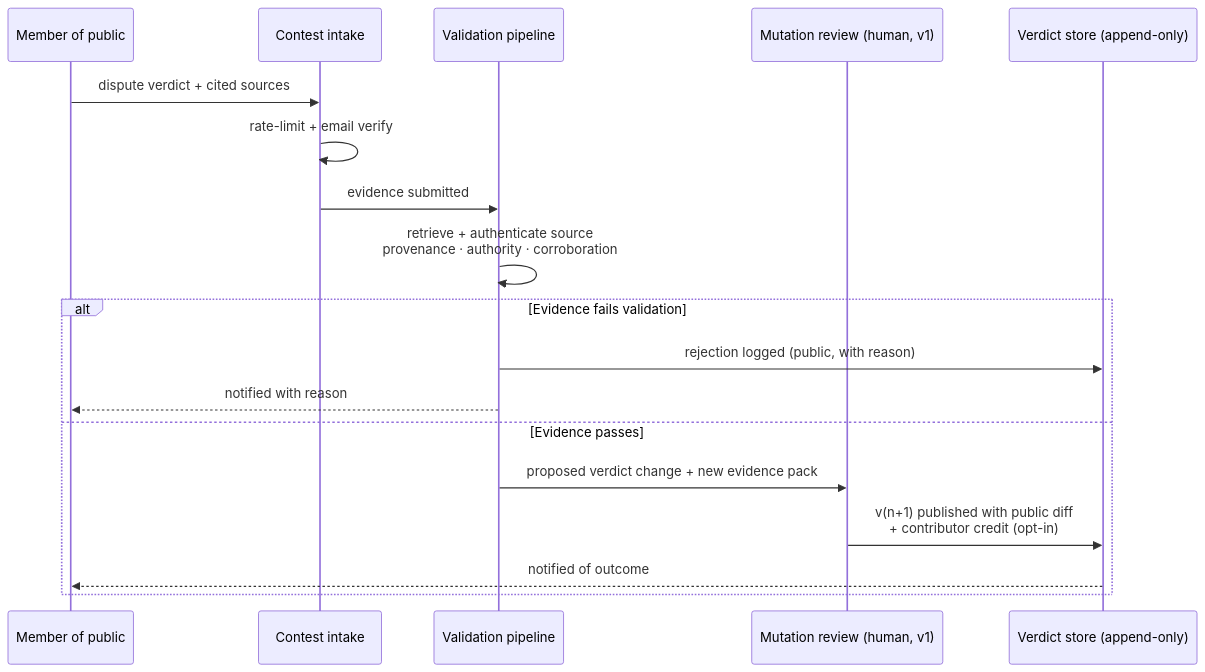
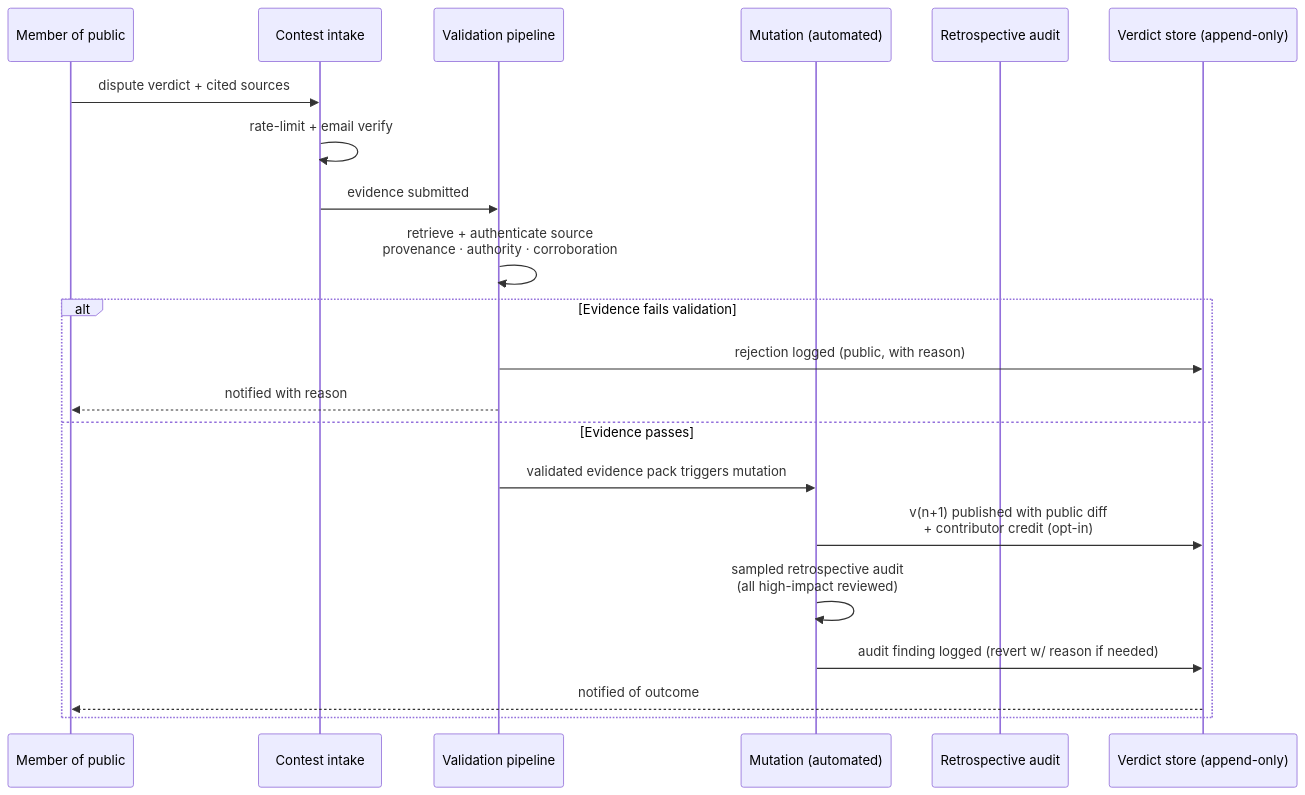
One commit to bradleyscott/claimwatch-nz changed the fifth of 5 diagrams in docs/ARCHITECTURE.md. Above: the diagram before and after it, drawn with Mermaid. The commit also changed other lines of this file and 8 other files, not shown here.

First line of the commit message:
docs(adr-0013): Drizzle ORM + drizzle-kit for schema and migrations; ADR-0005/ARCHITECTURE/diagrams aligned to automated mutation

````diff
--- a/docs/ARCHITECTURE.md
+++ b/docs/ARCHITECTURE.md
@@ -114,21 +115,24 @@
 ```mermaid
 sequenceDiagram
     participant U as Member of public
     participant S as Contest intake
     participant V as Validation pipeline
-    participant Q as Mutation review (human, v1)
+    participant Q as Mutation (automated)
+    participant A as Retrospective audit
     participant D as Verdict store (append-only)
 
     U->>S: dispute verdict + cited sources
     S->>S: rate-limit + email verify
     S->>V: evidence submitted
     V->>V: retrieve + authenticate source<br/>provenance · authority · corroboration
     alt Evidence fails validation
         V->>D: rejection logged (public, with reason)
         V-->>U: notified with reason
     else Evidence passes
-        V->>Q: proposed verdict change + new evidence pack
+        V->>Q: validated evidence pack triggers mutation
         Q->>D: v(n+1) published with public diff<br/>+ contributor credit (opt-in)
+        Q->>Q: sampled retrospective audit<br/>(all high-impact reviewed)
+        Q->>D: audit finding logged (revert w/ reason if needed)
         D-->>U: notified of outcome
     end
 ```
````
